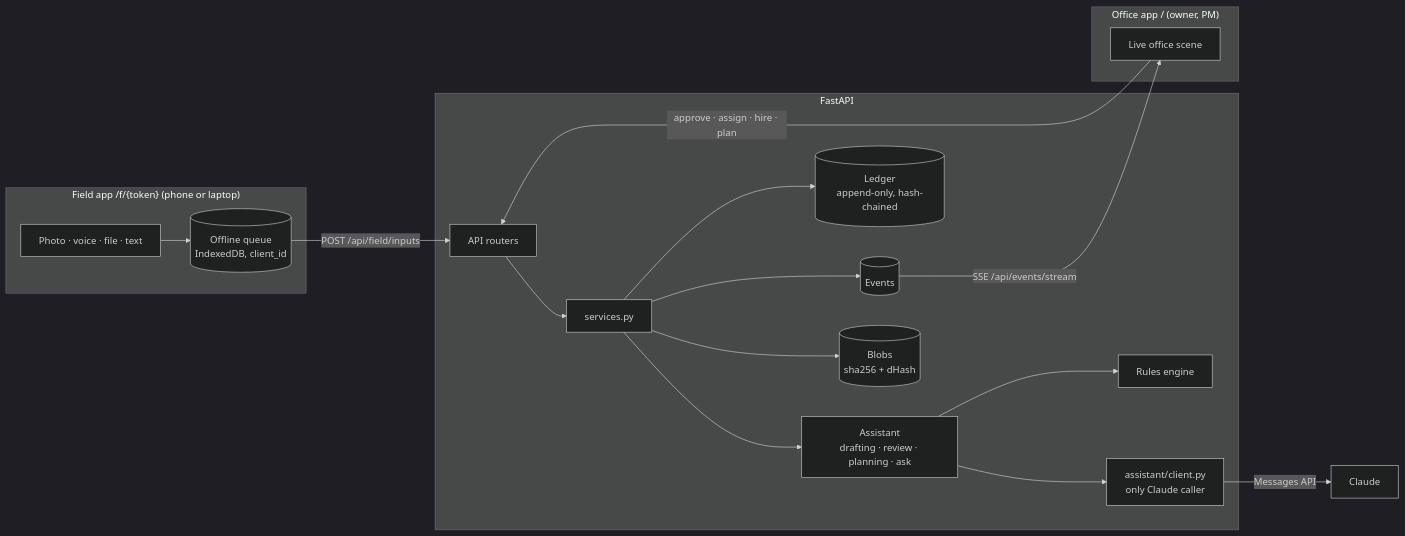
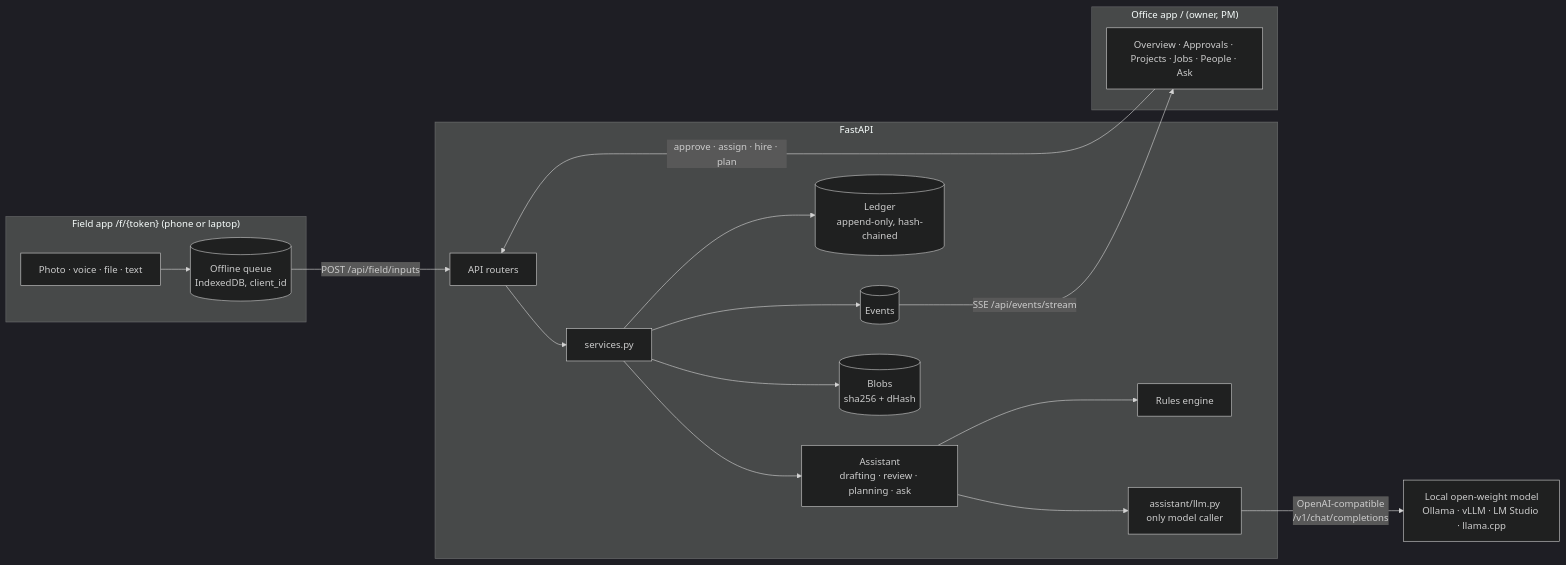
One commit to THIRUMALA-999902322/Project-Management-tool changed the diagram in docs/ARCHITECTURE.md. Above: the diagram before and after it, drawn with Mermaid (dark theme). The commit also changed other lines of this file and 24 other files, not shown here.

````diff
--- a/docs/ARCHITECTURE.md
+++ b/docs/ARCHITECTURE.md
@@ -5,21 +5,21 @@
 ```mermaid
 flowchart LR
   subgraph Field["Field app /f/{token} (phone or laptop)"]
     cap[Photo · voice · file · text] --> q[(Offline queue<br/>IndexedDB, client_id)]
   end
   q -- POST /api/field/inputs --> api
   subgraph Server["FastAPI"]
     api[API routers] --> svc[services.py]
     svc --> asst[Assistant<br/>drafting · review · planning · ask]
     asst --> rules[Rules engine]
-    asst --> claude[assistant/client.py<br/>only Claude caller]
+    asst --> llm[assistant/llm.py<br/>only model caller]
     svc --> led[(Ledger<br/>append-only, hash-chained)]
     svc --> ev[(Events)]
     svc --> files[(Blobs<br/>sha256 + dHash)]
   end
-  claude -- Messages API --> anth[Claude]
+  llm -- OpenAI-compatible<br/>/v1/chat/completions --> model[Local open-weight model<br/>Ollama · vLLM · LM Studio · llama.cpp]
   ev -- SSE /api/events/stream --> office
   subgraph Office["Office app / (owner, PM)"]
-    office[Live office scene] -- approve · assign · hire · plan --> api
+    office[Overview · Approvals · Projects · Jobs · People · Ask] -- approve · assign · hire · plan --> api
   end
 ```
````
